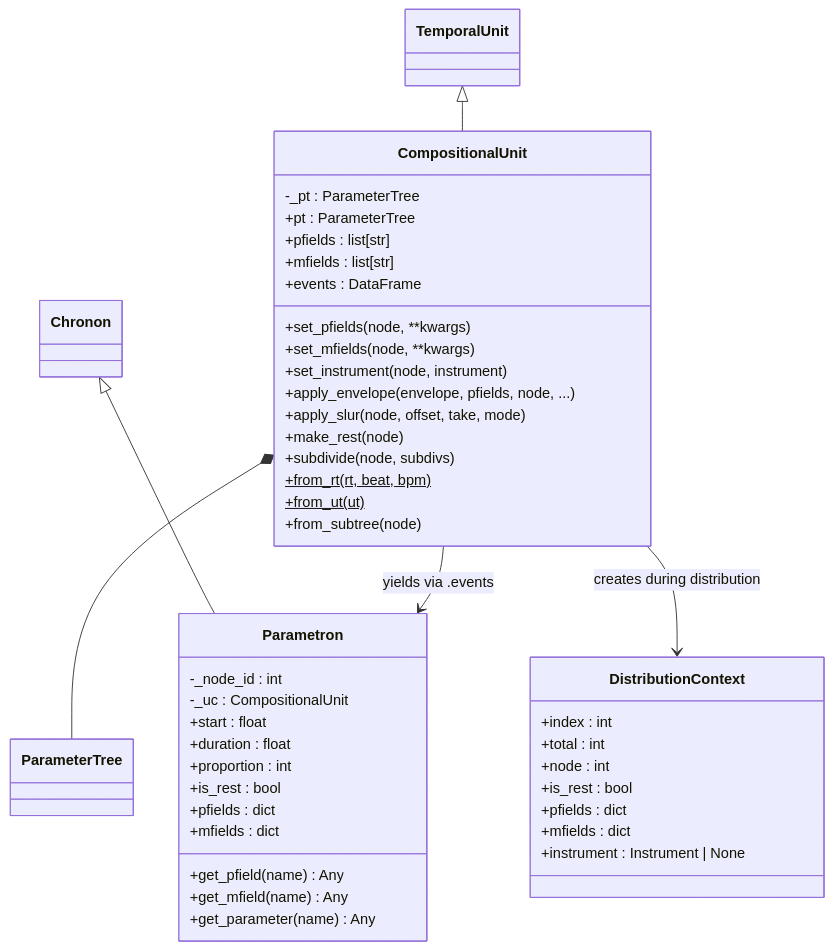
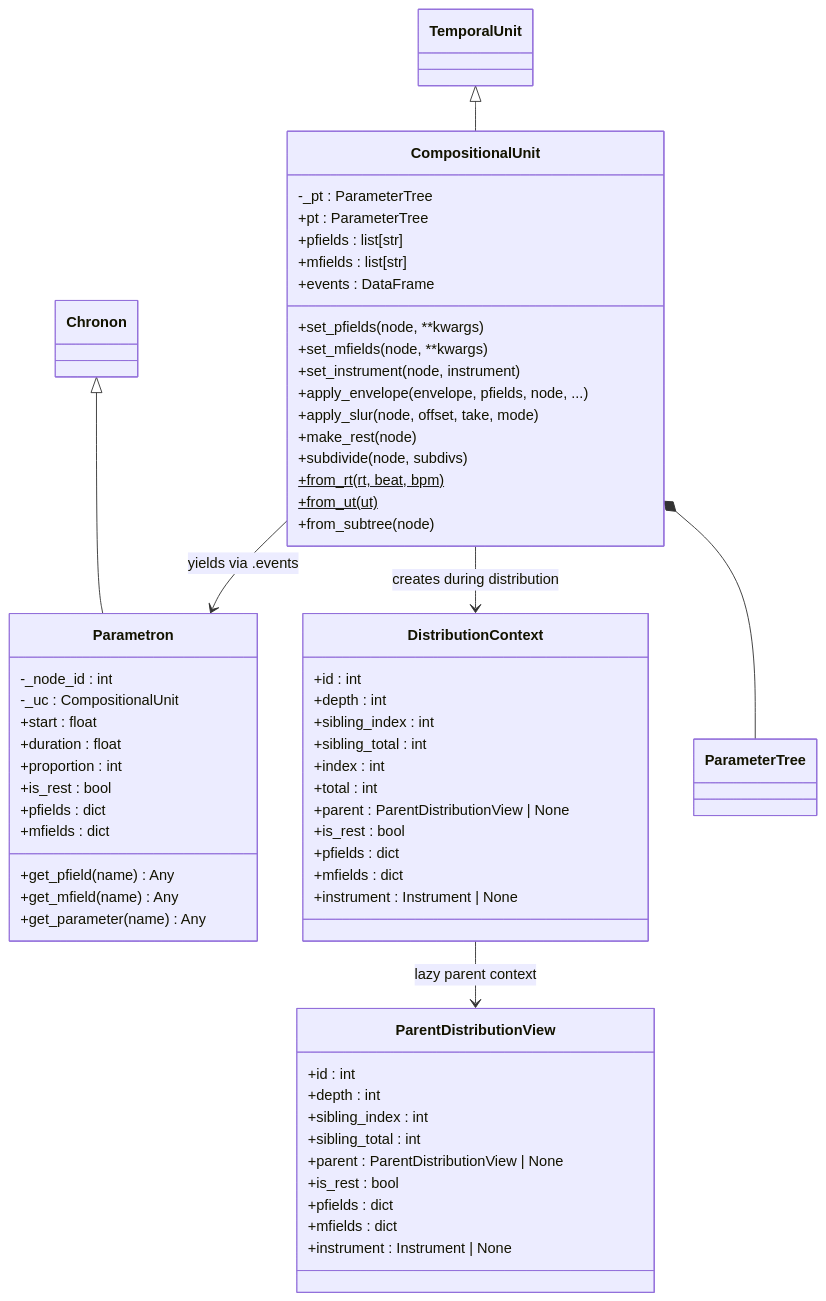
The seventh of 9 diagrams in docs/architecture/05_THETOS.md (kr4g/Klotho), drawn with Mermaid before and after one commit. The commit also changed other lines of this file and 14 other files, not shown here.

````diff
--- a/docs/architecture/05_THETOS.md
+++ b/docs/architecture/05_THETOS.md
@@ -320,51 +320,68 @@
 ```mermaid
 classDiagram
     TemporalUnit <|-- CompositionalUnit
     Chronon <|-- Parametron
 
     class CompositionalUnit {
         -_pt : ParameterTree
         +pt : ParameterTree
         +pfields : list[str]
         +mfields : list[str]
         +events : DataFrame
         +set_pfields(node, **kwargs)
         +set_mfields(node, **kwargs)
         +set_instrument(node, instrument)
         +apply_envelope(envelope, pfields, node, ...)
         +apply_slur(node, offset, take, mode)
         +make_rest(node)
         +subdivide(node, subdivs)
         +from_rt(rt, beat, bpm)$
         +from_ut(ut)$
         +from_subtree(node)
     }
 
     class Parametron {
         -_node_id : int
         -_uc : CompositionalUnit
         +start : float
         +duration : float
         +proportion : int
         +is_rest : bool
         +pfields : dict
         +mfields : dict
         +get_pfield(name) Any
         +get_mfield(name) Any
         +get_parameter(name) Any
     }
 
     class DistributionContext {
+        +id : int
+        +depth : int
+        +sibling_index : int
+        +sibling_total : int
         +index : int
         +total : int
-        +node : int
+        +parent : ParentDistributionView | None
+        +is_rest : bool
+        +pfields : dict
+        +mfields : dict
+        +instrument : Instrument | None
+    }
+
+    class ParentDistributionView {
+        +id : int
+        +depth : int
+        +sibling_index : int
+        +sibling_total : int
+        +parent : ParentDistributionView | None
         +is_rest : bool
         +pfields : dict
         +mfields : dict
         +instrument : Instrument | None
     }
 
     CompositionalUnit *-- ParameterTree
     CompositionalUnit --> Parametron : yields via .events
     CompositionalUnit --> DistributionContext : creates during distribution
+    DistributionContext --> ParentDistributionView : lazy parent context
 ```
````
